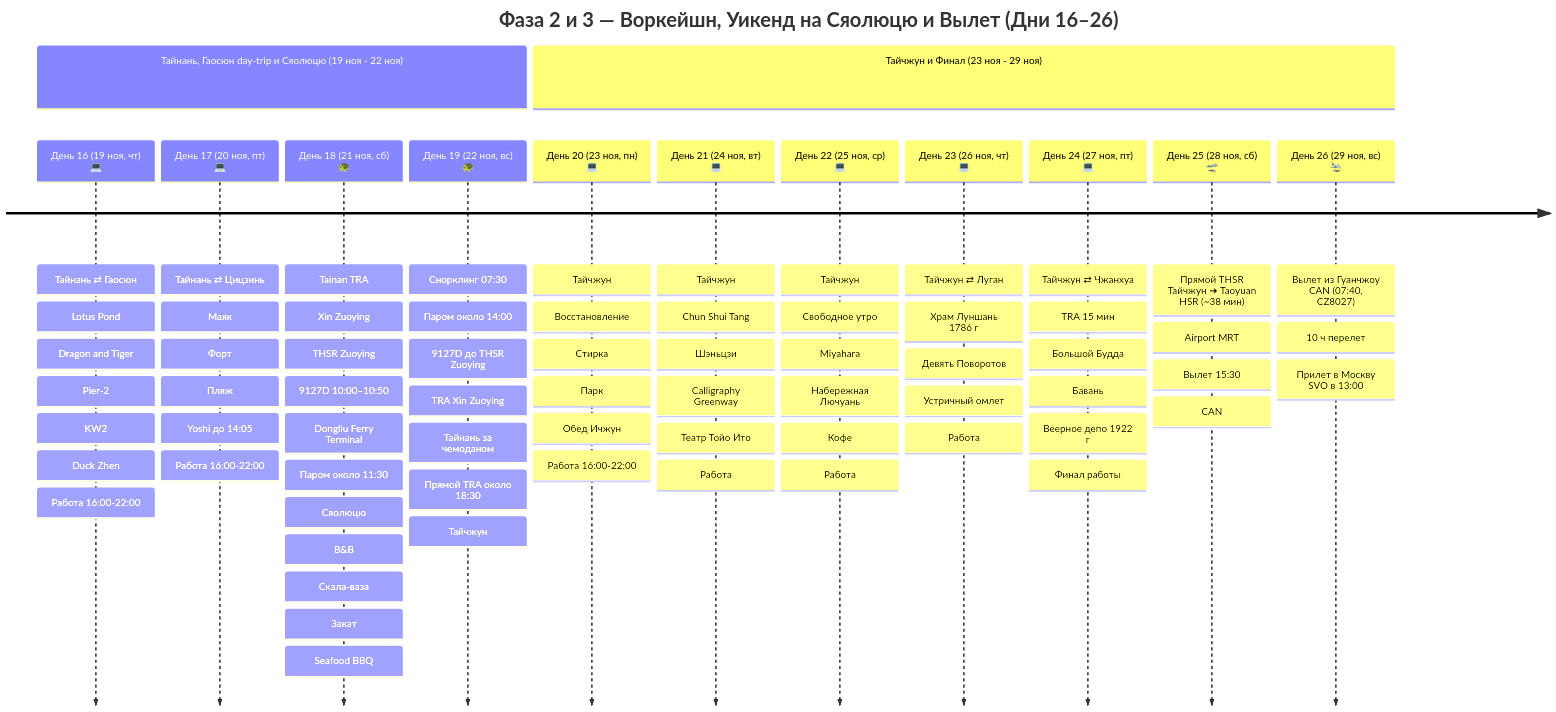
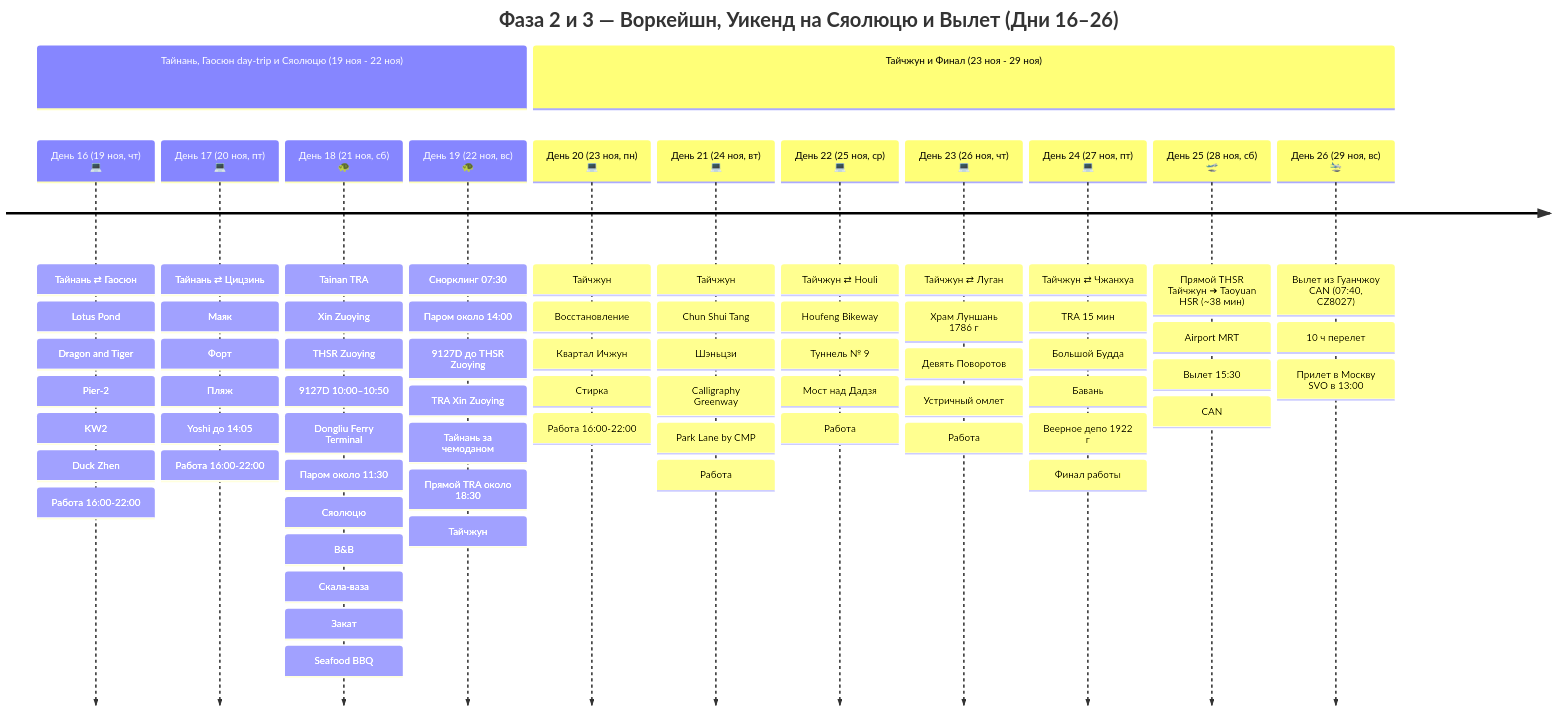
Before and after one commit to injurka/obsidian-mark: the second of 2 diagrams in Personal Note/Travel/-- Taiwan/Taiwan.md, drawn with Mermaid. The commit also changed other lines of this file and 98 other files, not shown here.

````diff
--- a/Personal Note/Travel/-- Taiwan/Taiwan.md
+++ b/Personal Note/Travel/-- Taiwan/Taiwan.md
@@ -88,17 +89,17 @@
 ```mermaid
 timeline
     title Фаза 2 и 3 — Воркейшн, Уикенд на Сяолюцю и Вылет (Дни 16–26)
     section Тайнань, Гаосюн day-trip и Сяолюцю (19 ноя - 22 ноя)
         День 16 (19 ноя, чт) 💻 : Тайнань ⇄ Гаосюн : Lotus Pond : Dragon and Tiger : Pier-2 : KW2 : Duck Zhen : Работа 16:00-22:00
         День 17 (20 ноя, пт) 💻 : Тайнань ⇄ Цицзинь : Маяк : Форт : Пляж : Yoshi до 14:05 : Работа 16:00-22:00
         День 18 (21 ноя, сб) 🐢 : Tainan TRA : Xin Zuoying : THSR Zuoying : 9127D 10:00–10:50 : Dongliu Ferry Terminal : Паром около 11:30 : Сяолюцю : B&B : Скала-ваза : Закат : Seafood BBQ
         День 19 (22 ноя, вс) 🐢 : Снорклинг 07:30 : Паром около 14:00 : 9127D до THSR Zuoying : TRA Xin Zuoying : Тайнань за чемоданом : Прямой TRA около 18:30 : Тайчжун
     section Тайчжун и Финал (23 ноя - 29 ноя)
-        День 20 (23 ноя, пн) 💻 : Тайчжун : Восстановление : Стирка : Парк : Обед Ичжун : Работа 16:00-22:00
-        День 21 (24 ноя, вт) 💻 : Тайчжун : Chun Shui Tang : Шэньцзи : Calligraphy Greenway : Театр Тойо Ито : Работа
-        День 22 (25 ноя, ср) 💻 : Тайчжун : Свободное утро : Miyahara : Набережная Лючуань : Кофе : Работа
+        День 20 (23 ноя, пн) 💻 : Тайчжун : Восстановление : Квартал Ичжун : Стирка : Работа 16:00-22:00
+        День 21 (24 ноя, вт) 💻 : Тайчжун : Chun Shui Tang : Шэньцзи : Calligraphy Greenway : Park Lane by CMP : Работа
+        День 22 (25 ноя, ср) 💻 : Тайчжун ⇄ Houli : Houfeng Bikeway : Туннель № 9 : Мост над Дадзя : Работа
         День 23 (26 ноя, чт) 💻 : Тайчжун ⇄ Луган : Храм Луншань 1786 г : Девять Поворотов : Устричный омлет : Работа
         День 24 (27 ноя, пт) 💻 : Тайчжун ⇄ Чжанхуа : TRA 15 мин : Большой Будда : Бавань : Веерное депо 1922 г : Финал работы
         День 25 (28 ноя, сб) 🛫 : Прямой THSR Тайчжун ➔ Taoyuan HSR (~38 мин) : Airport MRT : Вылет 15:30 : CAN
         День 26 (29 ноя, вс) 🛬 : Вылет из Гуанчжоу CAN (07:40, CZ8027) : 10 ч перелет : Прилет в Москву SVO в 13:00
 ```
````
